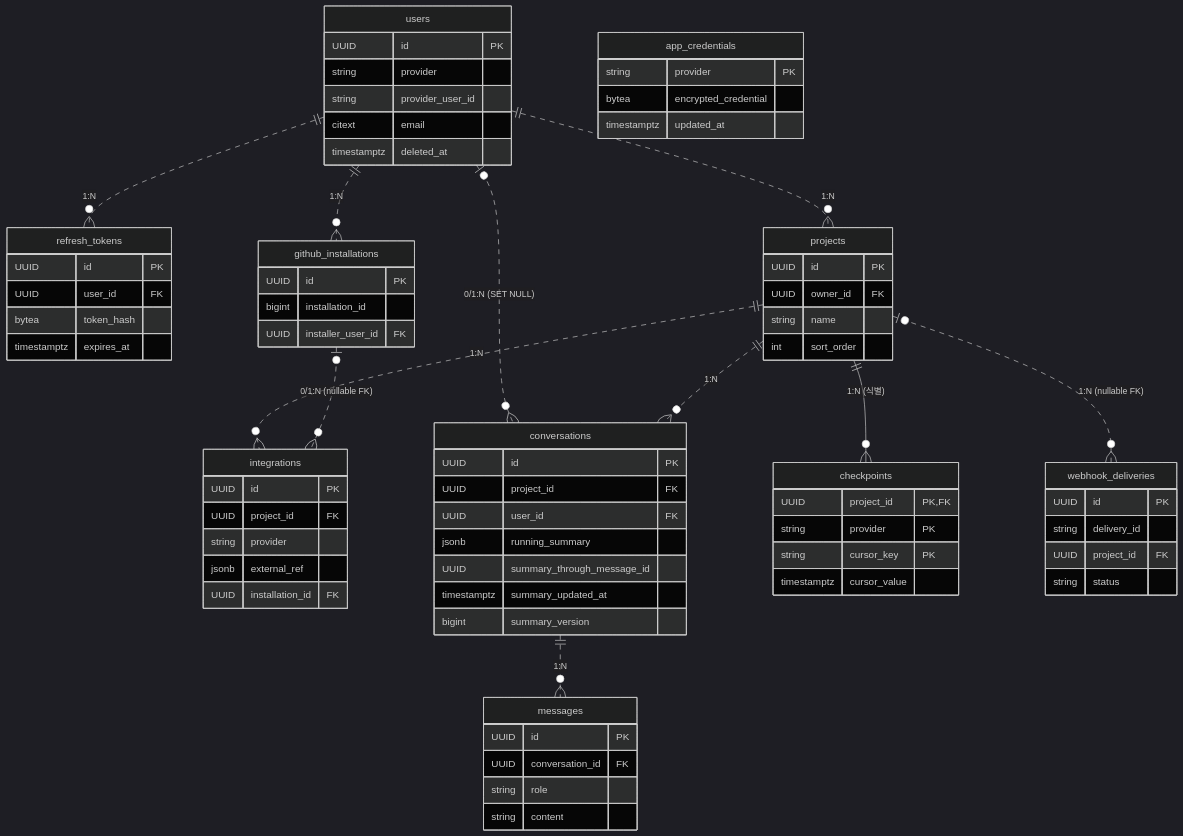
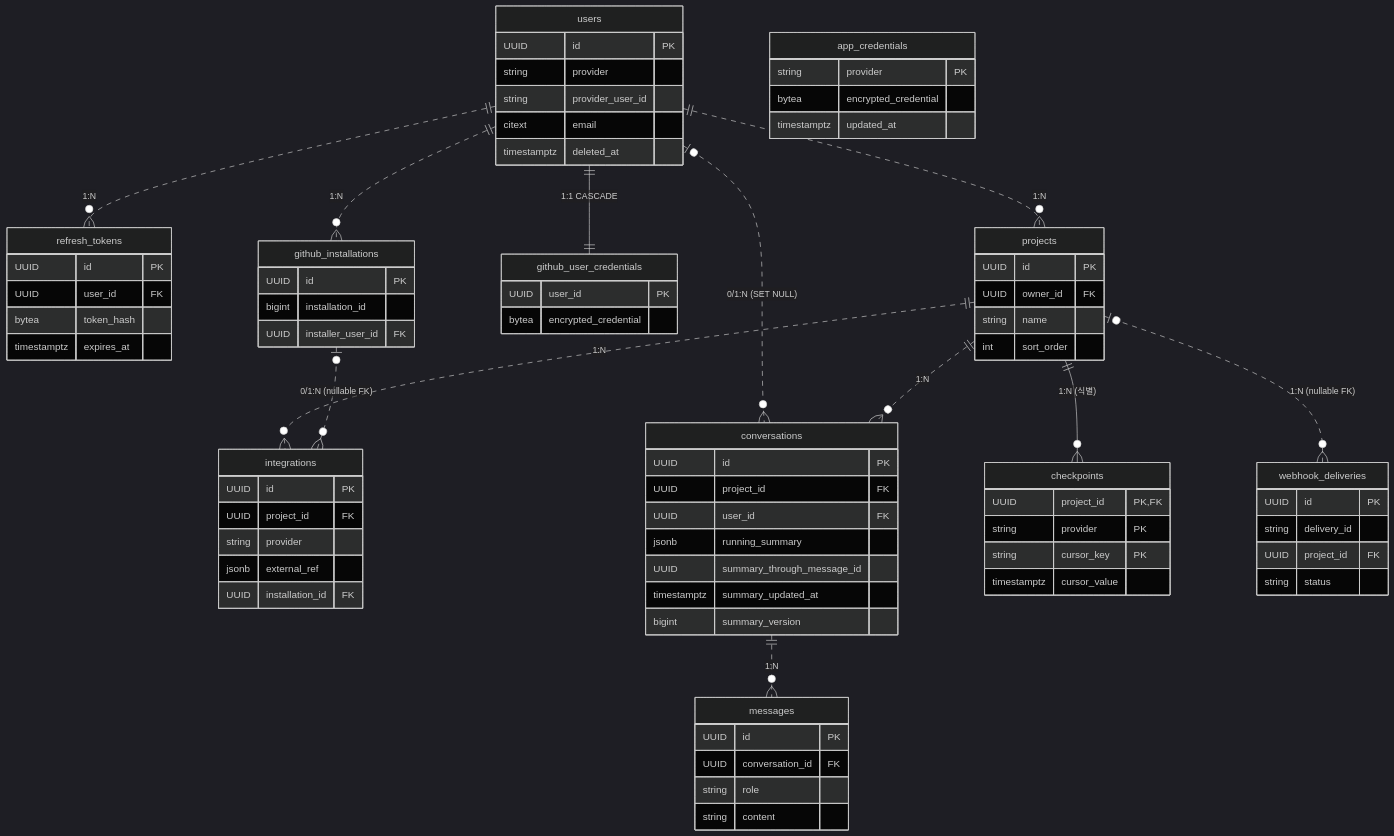
The diagram in docs/DB.md (se-zero/history-tracker), drawn with Mermaid (dark theme) before and after one commit. The commit also changed other lines of this file and 35 other files, not shown here.

````diff
--- a/docs/DB.md
+++ b/docs/DB.md
@@ -13,77 +13,82 @@
 ```mermaid
 erDiagram
     users {
         UUID id PK
         string provider
         string provider_user_id
         citext email
         timestamptz deleted_at
     }
     refresh_tokens {
         UUID id PK
         UUID user_id FK
         bytea token_hash
         timestamptz expires_at
     }
     github_installations {
         UUID id PK
         bigint installation_id
         UUID installer_user_id FK
+    }
+    github_user_credentials {
+        UUID user_id PK
+        bytea encrypted_credential
     }
     projects {
         UUID id PK
         UUID owner_id FK
         string name
         int sort_order
     }
     integrations {
         UUID id PK
         UUID project_id FK
         string provider
         jsonb external_ref
         UUID installation_id FK
     }
     conversations {
         UUID id PK
         UUID project_id FK
         UUID user_id FK
         jsonb running_summary
         UUID summary_through_message_id
         timestamptz summary_updated_at
         bigint summary_version
     }
     messages {
         UUID id PK
         UUID conversation_id FK
         string role
         string content
     }
     checkpoints {
         UUID project_id PK,FK
         string provider PK
         string cursor_key PK
         timestamptz cursor_value
     }
     webhook_deliveries {
         UUID id PK
         string delivery_id
         UUID project_id FK
         string status
     }
     app_credentials {
         string provider PK
         bytea encrypted_credential
         timestamptz updated_at
     }
 
     users          ||..o{ refresh_tokens        : "1:N"
+    users          ||--|| github_user_credentials : "1:1 CASCADE"
     users          ||..o{ github_installations  : "1:N"
     users          ||..o{ projects              : "1:N"
     users          |o..o{ conversations         : "0/1:N  (SET NULL)"
     projects       ||..o{ integrations          : "1:N"
     projects       ||..o{ conversations         : "1:N"
     projects       |o..o{ webhook_deliveries    : "1:N  (nullable FK)"
     projects       ||--o{ checkpoints           : "1:N  (식별)"
     github_installations |o..o{ integrations   : "0/1:N  (nullable FK)"
     conversations  ||..o{ messages              : "1:N"
 ```
````
